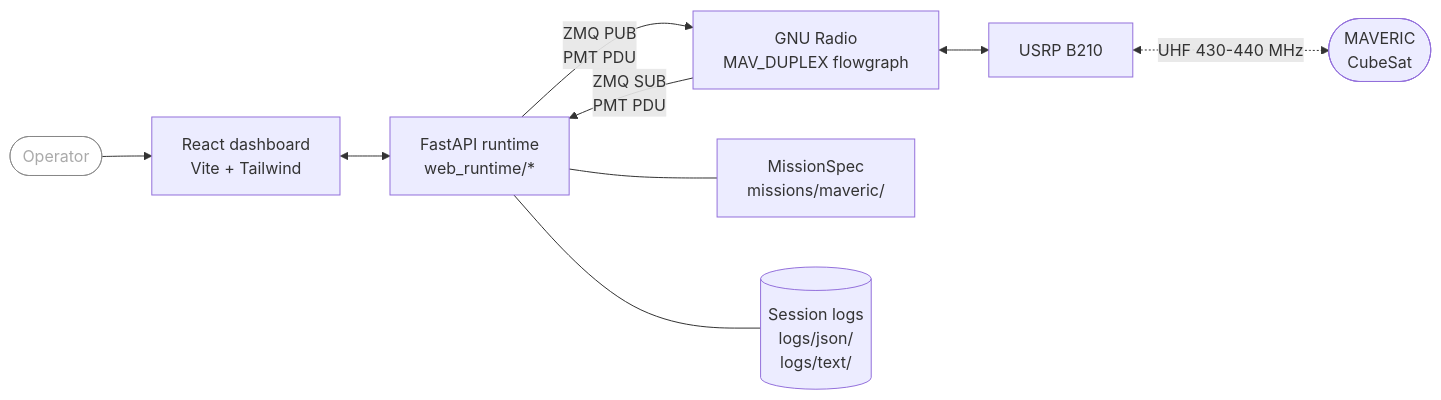
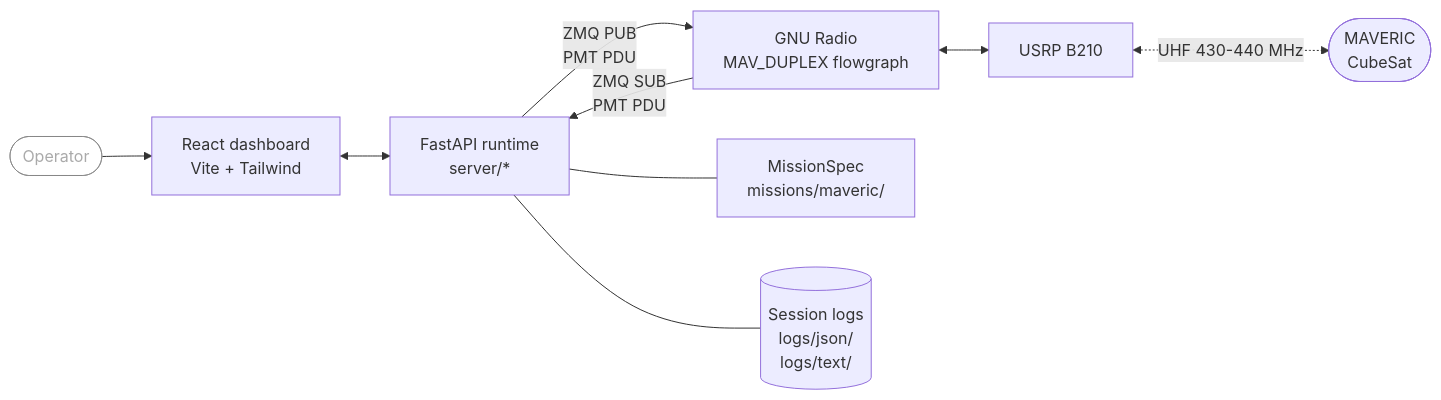
One commit to totesirfan/MAVERIC-GSS-CODE changed the first of 2 diagrams in README.md. Above: the diagram before and after it, drawn with Mermaid. The commit also changed other lines of this file and 44 other files, not shown here.

````diff
--- a/README.md
+++ b/README.md
@@ -140,12 +140,12 @@
 ```mermaid
 flowchart LR
     Op([Operator]):::op --> UI[React dashboard<br/>Vite + Tailwind]
-    UI <--> RT[FastAPI runtime<br/>web_runtime/*]
+    UI <--> RT[FastAPI runtime<br/>server/*]
     RT -- ZMQ PUB<br/>PMT PDU --> GR[GNU Radio<br/>MAV_DUPLEX flowgraph]
     GR -- ZMQ SUB<br/>PMT PDU --> RT
     GR <--> Radio[USRP B210]
     Radio <-. UHF 430-440 MHz .-> Sat([MAVERIC<br/>CubeSat])
     RT --- MS[MissionSpec<br/>missions/maveric/]
     RT --- LOG[(Session logs<br/>logs/json/<br/>logs/text/)]
     classDef op fill:transparent,stroke:#888,color:#aaa
 ```
````
